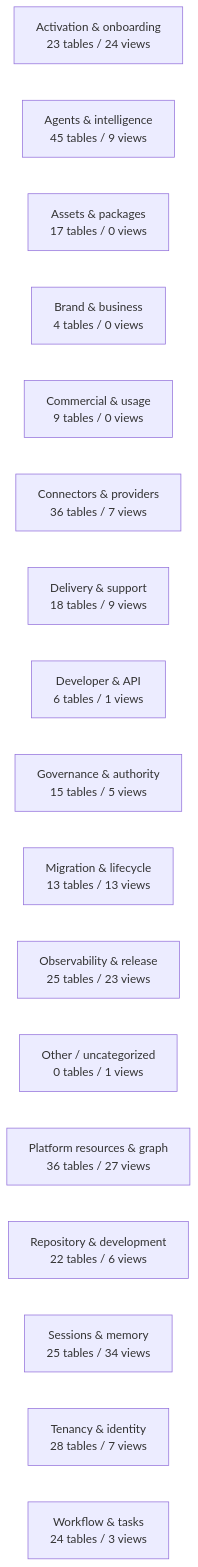
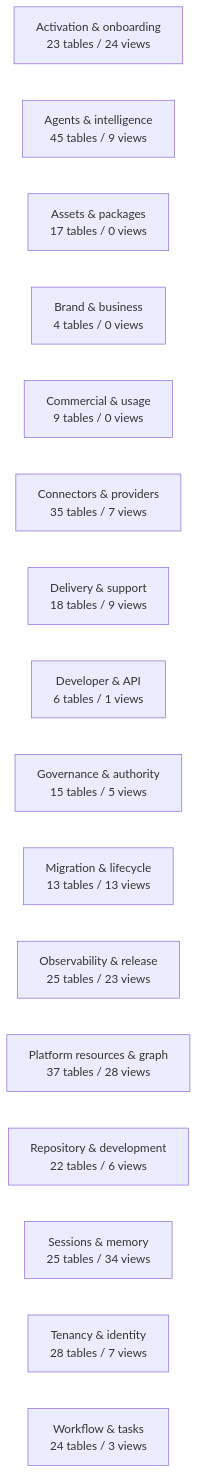
The diagram in docs/work-maps/data-model-domain-map.md (mad4bdigital-ai/multi-business-multi-role-growth-intelligence-os), drawn with Mermaid before and after one commit. The commit also changed other lines of this file and 1 other file, not shown here.

````diff
--- a/docs/work-maps/data-model-domain-map.md
+++ b/docs/work-maps/data-model-domain-map.md
@@ -9,20 +9,19 @@
 ```mermaid
 flowchart LR
   n_Activation___onboarding["Activation & onboarding<br/>23 tables / 24 views"]
   n_Agents___intelligence["Agents & intelligence<br/>45 tables / 9 views"]
   n_Assets___packages["Assets & packages<br/>17 tables / 0 views"]
   n_Brand___business["Brand & business<br/>4 tables / 0 views"]
   n_Commercial___usage["Commercial & usage<br/>9 tables / 0 views"]
-  n_Connectors___providers["Connectors & providers<br/>36 tables / 7 views"]
+  n_Connectors___providers["Connectors & providers<br/>35 tables / 7 views"]
   n_Delivery___support["Delivery & support<br/>18 tables / 9 views"]
   n_Developer___API["Developer & API<br/>6 tables / 1 views"]
   n_Governance___authority["Governance & authority<br/>15 tables / 5 views"]
   n_Migration___lifecycle["Migration & lifecycle<br/>13 tables / 13 views"]
   n_Observability___release["Observability & release<br/>25 tables / 23 views"]
-  n_Other___uncategorized["Other / uncategorized<br/>0 tables / 1 views"]
-  n_Platform_resources___graph["Platform resources & graph<br/>36 tables / 27 views"]
+  n_Platform_resources___graph["Platform resources & graph<br/>37 tables / 28 views"]
   n_Repository___development["Repository & development<br/>22 tables / 6 views"]
   n_Sessions___memory["Sessions & memory<br/>25 tables / 34 views"]
   n_Tenancy___identity["Tenancy & identity<br/>28 tables / 7 views"]
   n_Workflow___tasks["Workflow & tasks<br/>24 tables / 3 views"]
 ```
````
